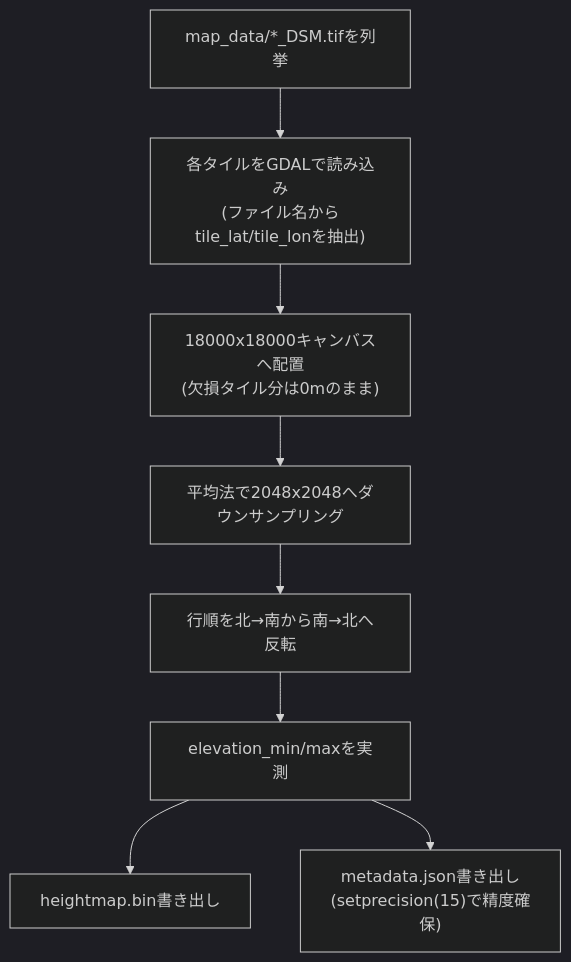
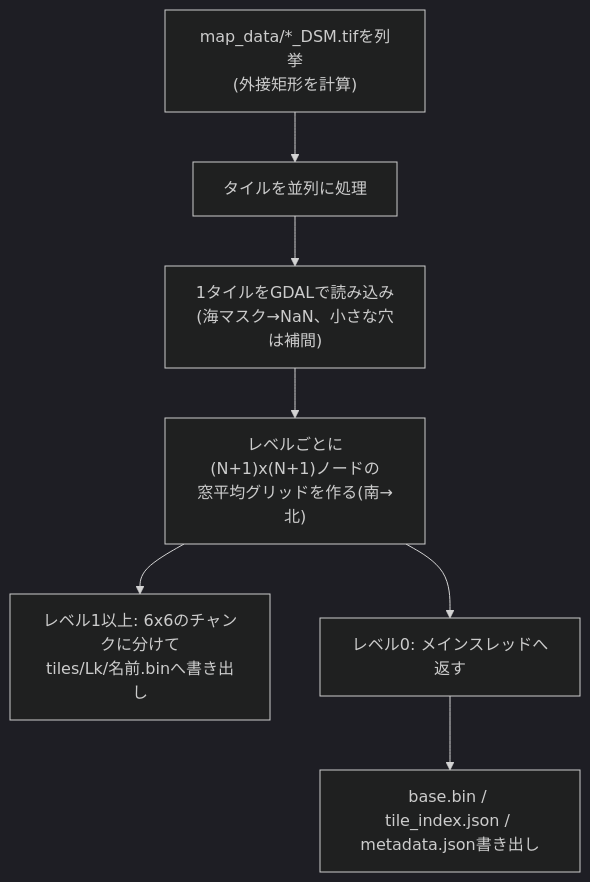
The first of 16 diagrams in DETAILED_DESIGN.md (ham1a6/SimulationView), drawn with Mermaid (dark theme) before and after one commit. The commit also changed other lines of this file and 19 other files, not shown here.

````diff
--- a/DETAILED_DESIGN.md
+++ b/DETAILED_DESIGN.md
@@ -227,10 +257,9 @@
 ```mermaid
 flowchart TD
-    A["map_data/*_DSM.tifを列挙"] --> B["各タイルをGDALで読み込み\n(ファイル名からtile_lat/tile_lonを抽出)"]
-    B --> C["18000x18000キャンバスへ配置\n(欠損タイル分は0mのまま)"]
-    C --> D["平均法で2048x2048へダウンサンプリング"]
-    D --> E["行順を北→南から南→北へ反転"]
-    E --> F["elevation_min/maxを実測"]
-    F --> G["heightmap.bin書き出し"]
-    F --> H["metadata.json書き出し\n(setprecision(15)で精度確保)"]
+    A["map_data/*_DSM.tifを列挙\n(外接矩形を計算)"] --> B["タイルを並列に処理"]
+    B --> C["1タイルをGDALで読み込み\n(海マスク→NaN、小さな穴は補間)"]
+    C --> D["レベルごとに(N+1)x(N+1)ノードの\n窓平均グリッドを作る(南→北)"]
+    D --> E["レベル1以上: 6x6のチャンクに分けて\ntiles/Lk/名前.binへ書き出し"]
+    D --> F["レベル0: メインスレッドへ返す"]
+    F --> G["base.bin / tile_index.json / metadata.json書き出し"]
 ```
````
